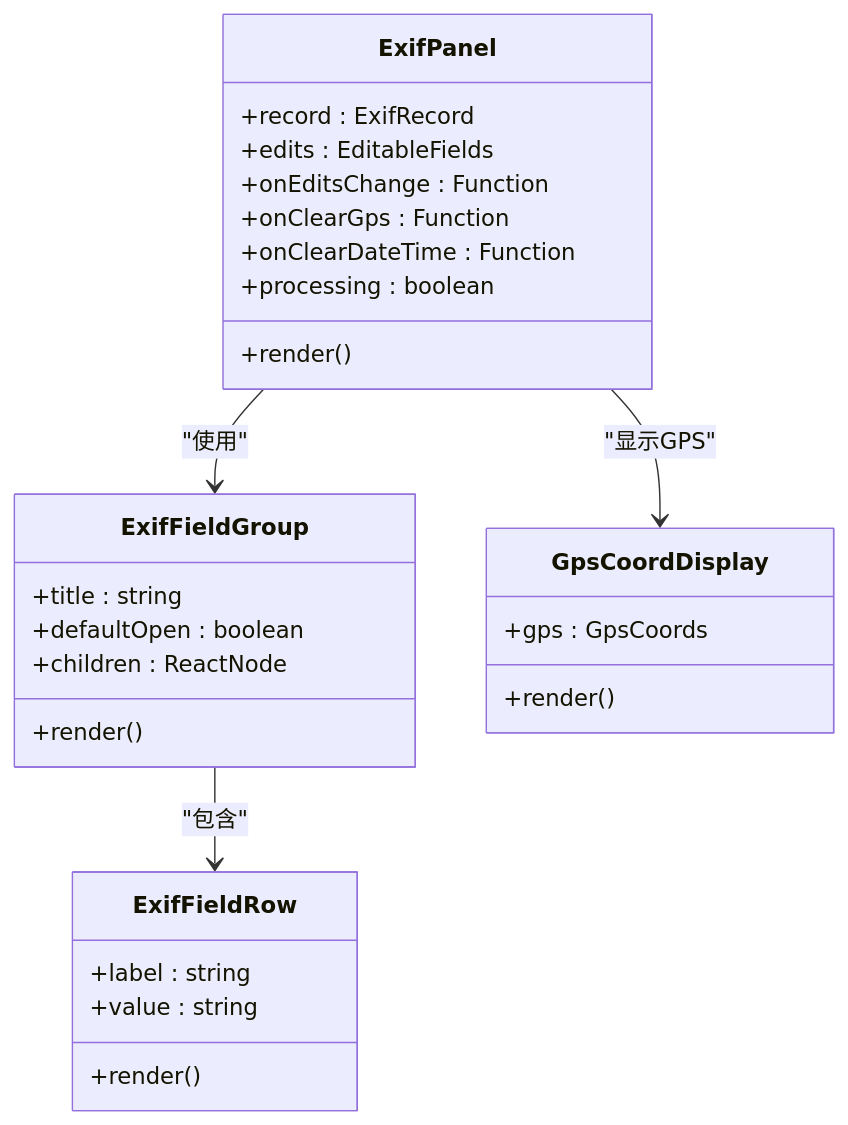
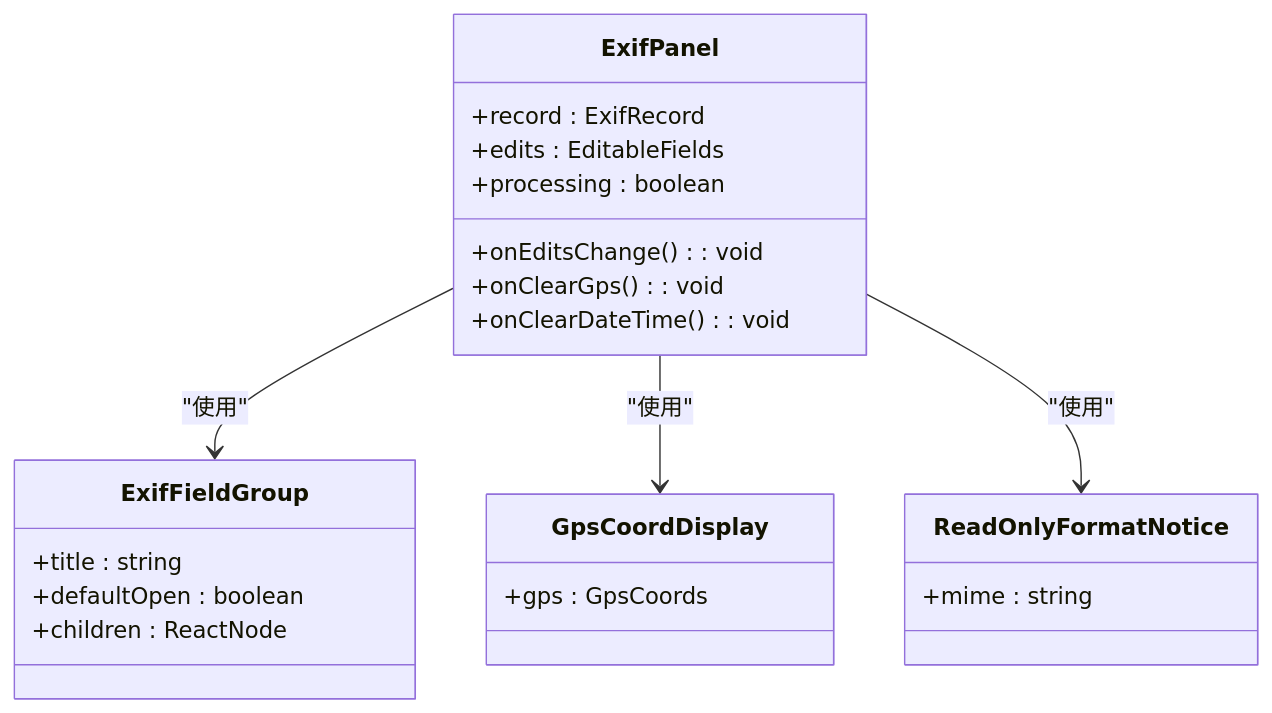
One commit to sgyy/privadeck changed the fifth of 6 diagrams in .qoder/repowiki/zh/content/图像工具/EXIF管理.md. Above: the diagram before and after it, drawn with Mermaid. The commit also changed other lines of this file and 23 other files, not shown here.

````diff
--- a/.qoder/repowiki/zh/content/图像工具/EXIF管理.md
+++ b/.qoder/repowiki/zh/content/图像工具/EXIF管理.md
@@ -277,30 +259,25 @@
 ```mermaid
 classDiagram
 class ExifPanel {
 +record : ExifRecord
 +edits : EditableFields
-+onEditsChange : Function
-+onClearGps : Function
-+onClearDateTime : Function
++onEditsChange() : void
++onClearGps() : void
++onClearDateTime() : void
 +processing : boolean
-+render()
 }
 class ExifFieldGroup {
 +title : string
 +defaultOpen : boolean
 +children : ReactNode
-+render()
-}
-class ExifFieldRow {
-+label : string
-+value : string
-+render()
 }
 class GpsCoordDisplay {
 +gps : GpsCoords
-+render()
+}
+class ReadOnlyFormatNotice {
++mime : string
 }
 ExifPanel --> ExifFieldGroup : "使用"
-ExifFieldGroup --> ExifFieldRow : "包含"
-ExifPanel --> GpsCoordDisplay : "显示GPS"
+ExifPanel --> GpsCoordDisplay : "使用"
+ExifPanel --> ReadOnlyFormatNotice : "使用"
 ```
````
